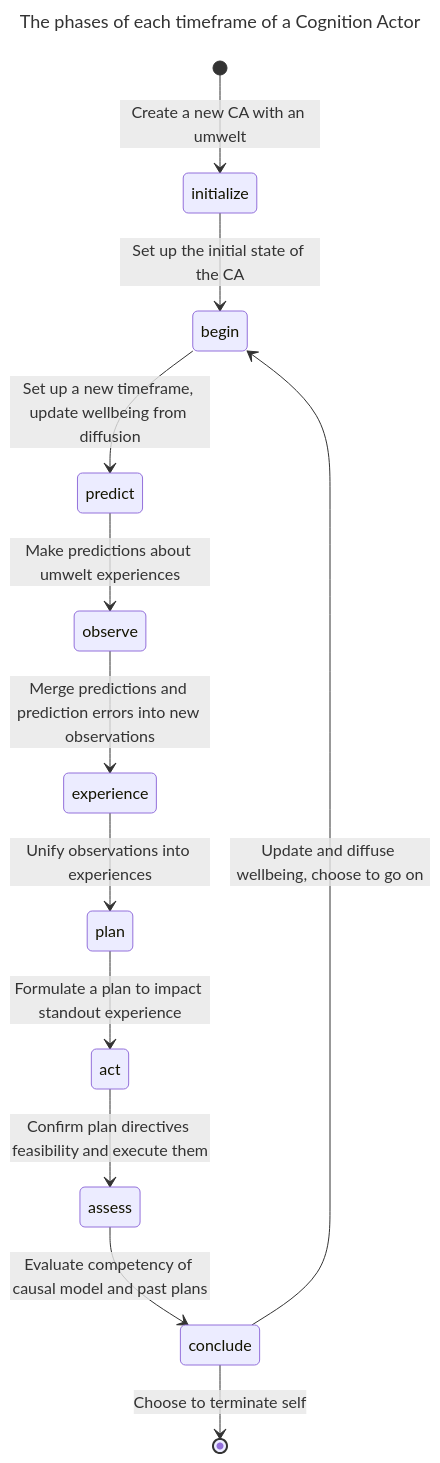
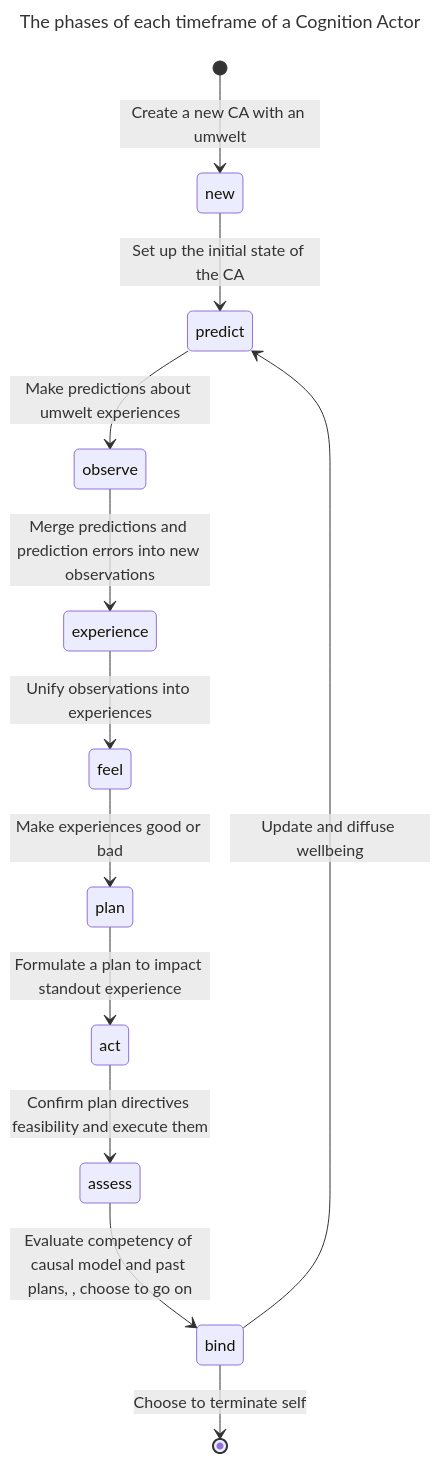
One commit to jfcloutier/karma_system changed the diagram in design_notes/cognition_actors.md. Above: the diagram before and after it, drawn with Mermaid. The commit also changed other lines of this file and 4 other files, not shown here.

````diff
--- a/design_notes/cognition_actors.md
+++ b/design_notes/cognition_actors.md
@@ -134,17 +134,17 @@
 ```mermaid
 ---
 title: The phases of each timeframe of a Cognition Actor
 ---
 stateDiagram-v2
-    [*] --> initialize: Create a new CA with an umwelt
-    initialize --> begin: Set up the initial state of the CA
-    begin --> predict: Set up a new timeframe, update wellbeing from diffusion
+    [*] --> new: Create a new CA with an umwelt
+    new --> predict: Set up the initial state of the CA
     predict --> observe: Make predictions about umwelt experiences
     observe --> experience: Merge predictions and prediction errors into new observations
-    experience --> plan: Unify observations into experiences
+    experience --> feel: Unify observations into experiences
+    feel --> plan: Make experiences good or bad
     plan --> act: Formulate a plan to impact standout experience
     act --> assess: Confirm plan directives feasibility and execute them
-    assess --> conclude: Evaluate competency of causal model and past plans
-    conclude --> begin: Update and diffuse wellbeing, choose to go on
-    conclude --> [*]: Choose to terminate self
+    assess --> bind: Evaluate competency of causal model and past plans, , choose to go on
+    bind --> predict: Update and diffuse wellbeing
+    bind --> [*]: Choose to terminate self
 ```
````
